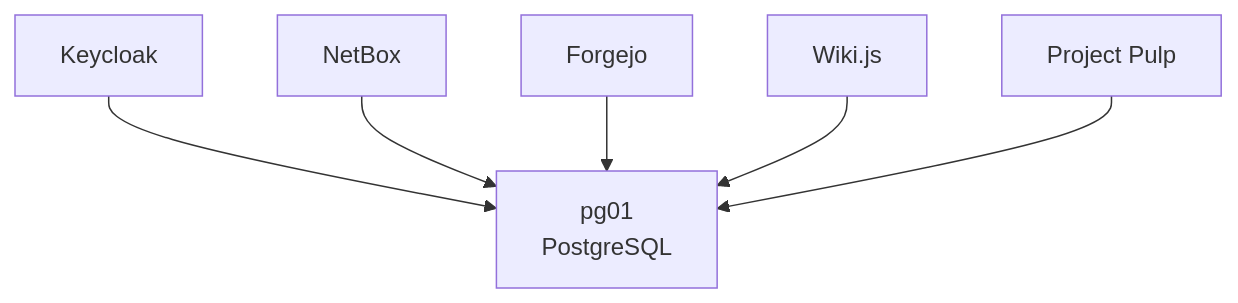
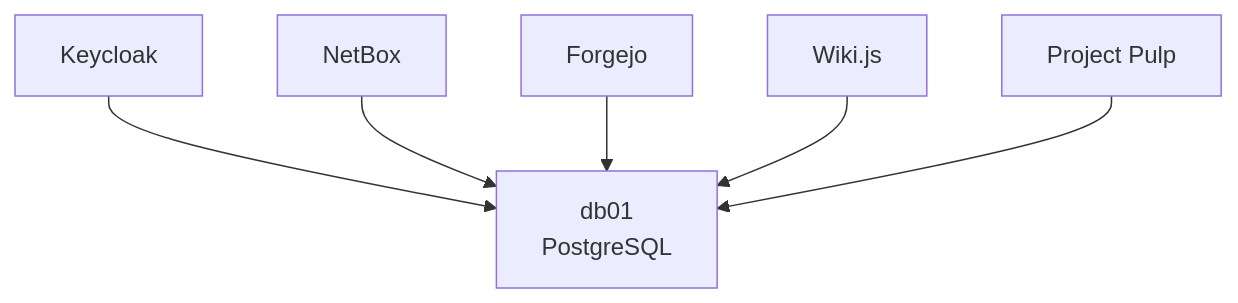
One commit to O2BUCAK/EnterpriseReferenceArchitecture changed the ninth of 14 diagrams in docs/02-resource-matrix/vm-resource-matrix.md. Above: the diagram before and after it, drawn with Mermaid. The commit also changed other lines of this file, not shown here.

````diff
--- a/docs/02-resource-matrix/vm-resource-matrix.md
+++ b/docs/02-resource-matrix/vm-resource-matrix.md
@@ -404,17 +404,17 @@
 ```mermaid
 flowchart TB
 
-    PG["pg01<br/>PostgreSQL"]
+    PG["db01<br/>PostgreSQL"]
 
     KC["Keycloak"]
     NB["NetBox"]
     FG["Forgejo"]
     WK["Wiki.js"]
     PULP["Project Pulp"]
 
     KC --> PG
     NB --> PG
     FG --> PG
     WK --> PG
     PULP --> PG
 ```
````
